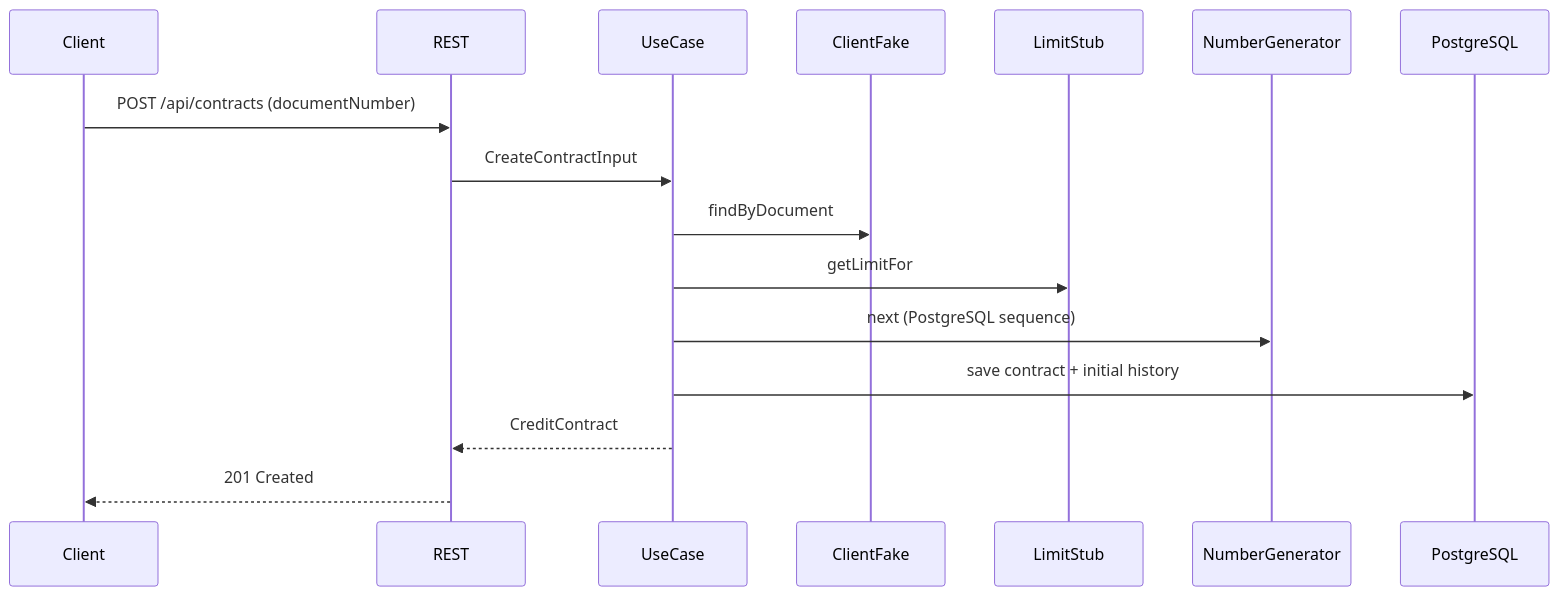
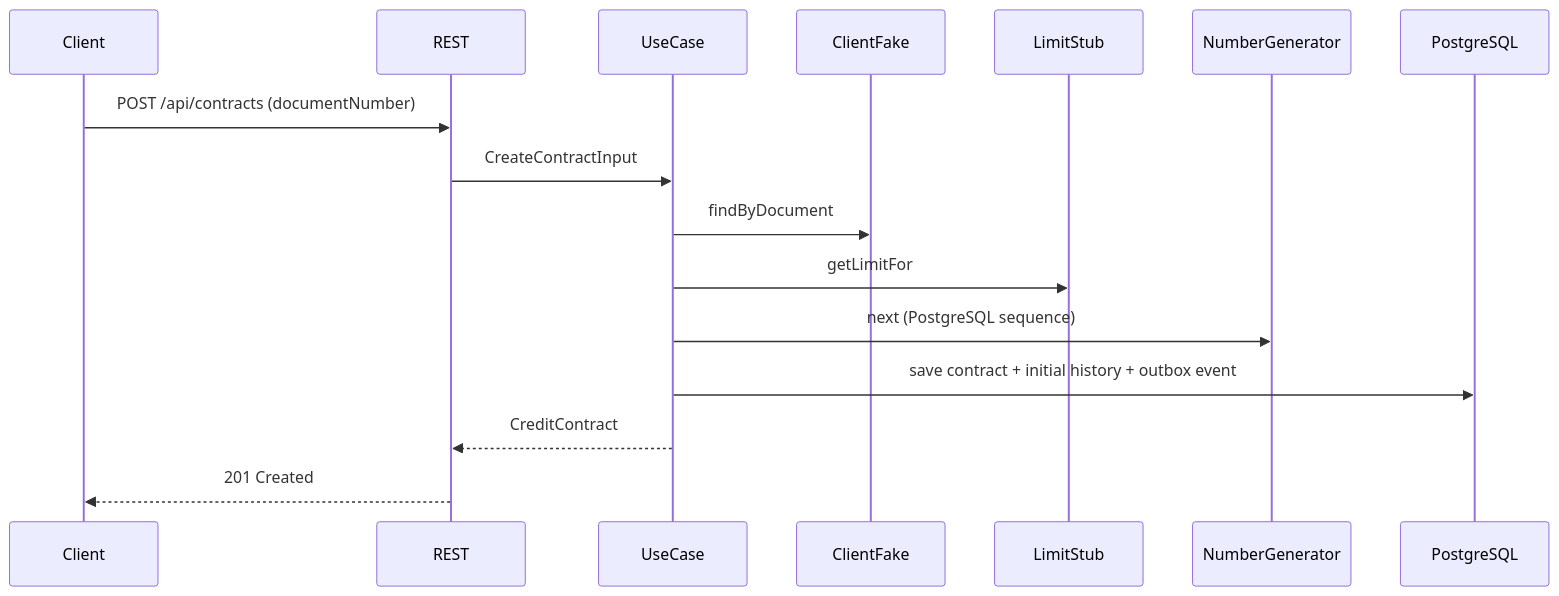
The fourth of 4 diagrams in docs/architecture/overview.md (tmcly/credit-contract-manager), drawn with Mermaid before and after one commit. The commit also changed other lines of this file and 18 other files, not shown here.

````diff
--- a/docs/architecture/overview.md
+++ b/docs/architecture/overview.md
@@ -127,19 +150,19 @@
 ```mermaid
 sequenceDiagram
     participant Client
     participant REST
     participant UseCase
     participant ClientFake
     participant LimitStub
     participant NumberGenerator
     participant PostgreSQL
 
     Client->>REST: POST /api/contracts (documentNumber)
     REST->>UseCase: CreateContractInput
     UseCase->>ClientFake: findByDocument
     UseCase->>LimitStub: getLimitFor
     UseCase->>NumberGenerator: next (PostgreSQL sequence)
-    UseCase->>PostgreSQL: save contract + initial history
+    UseCase->>PostgreSQL: save contract + initial history + outbox event
     UseCase-->>REST: CreditContract
     REST-->>Client: 201 Created
 ```
````
